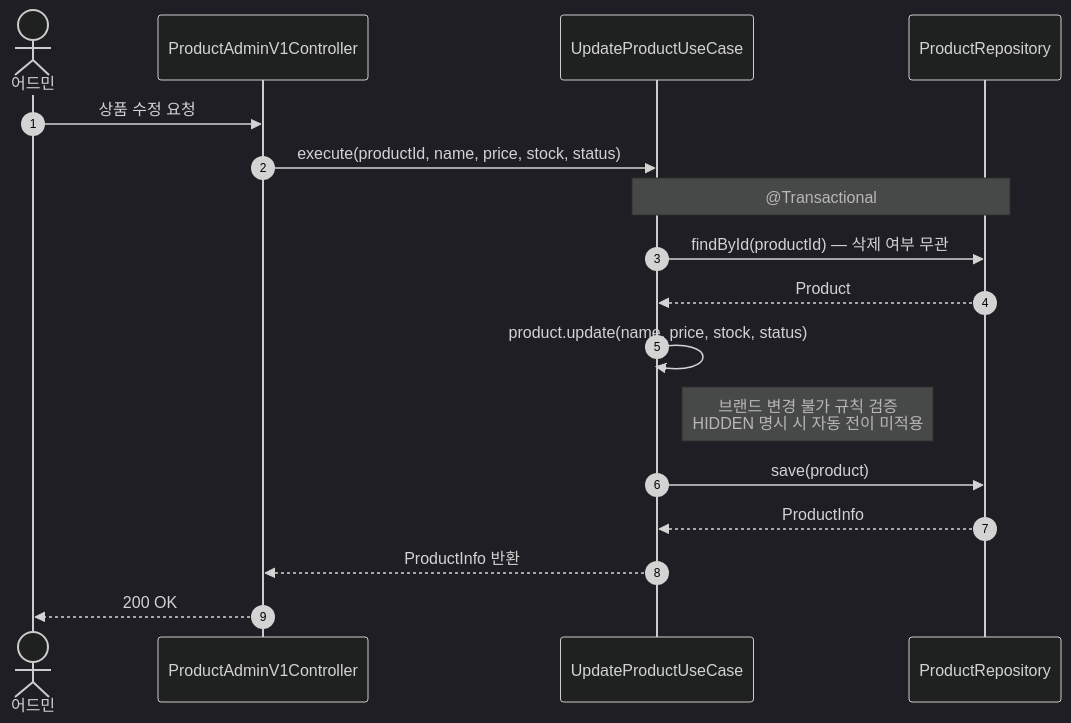
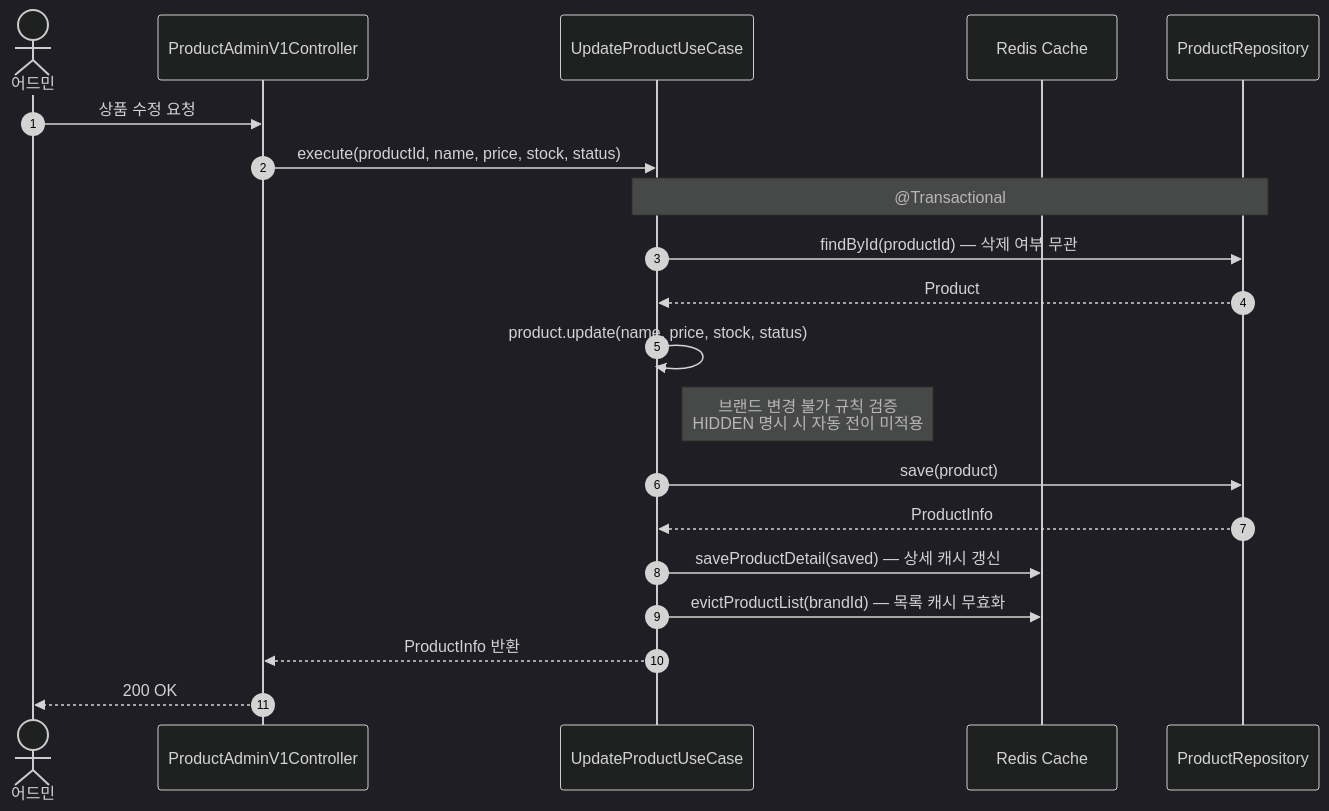
Before and after one commit to Loopers-dev-lab/loop-pack-be-l2-vol3-kotlin: diagram 13 of 30 in docs/design/02-sequence-diagrams.md, drawn with Mermaid (dark theme). The commit also changed other lines of this file and 4 other files, not shown here.

````diff
--- a/docs/design/02-sequence-diagrams.md
+++ b/docs/design/02-sequence-diagrams.md
@@ -348,19 +369,22 @@
 ```mermaid
 sequenceDiagram
     autonumber
     actor Admin as 어드민
     participant C as ProductAdminV1Controller
     participant UC as UpdateProductUseCase
+    participant Cache as Redis Cache
     participant R as ProductRepository
     Admin ->> C: 상품 수정 요청
     C ->> UC: execute(productId, name, price, stock, status)
     Note over UC, R: @Transactional
     UC ->> R: findById(productId) — 삭제 여부 무관
     R -->> UC: Product
     UC ->> UC: product.update(name, price, stock, status)
     Note right of UC: 브랜드 변경 불가 규칙 검증<br/>HIDDEN 명시 시 자동 전이 미적용
     UC ->> R: save(product)
     R -->> UC: ProductInfo
+    UC ->> Cache: saveProductDetail(saved) — 상세 캐시 갱신
+    UC ->> Cache: evictProductList(brandId) — 목록 캐시 무효화
     UC -->> C: ProductInfo 반환
     C -->> Admin: 200 OK
 ```
````
